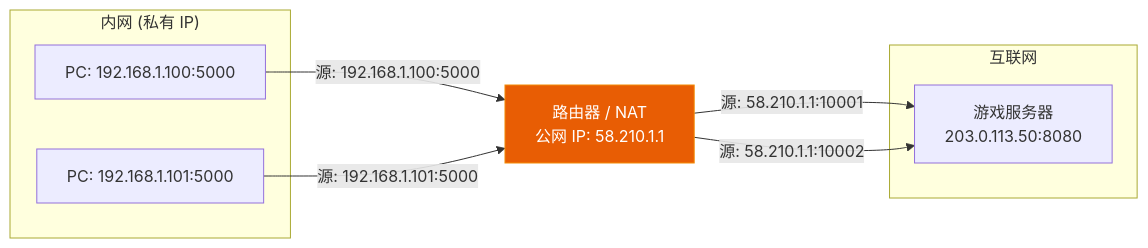
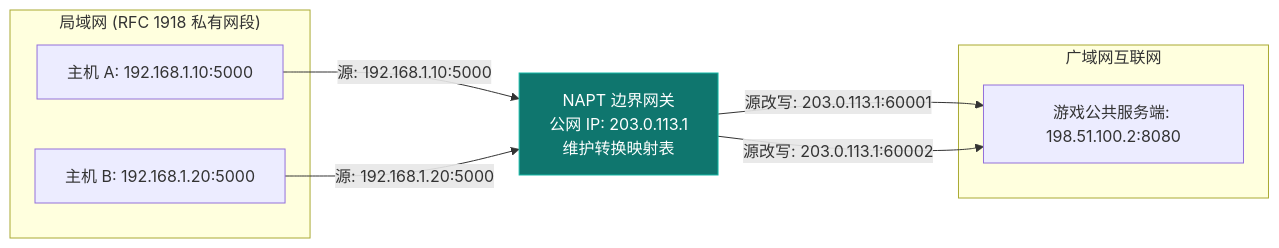
One commit to Lumivers/firefly changed the second of 4 diagrams in src/content/posts/network/06_infrastructure.md. Above: the diagram before and after it, drawn with Mermaid. The commit also changed other lines of this file and 18 other files, not shown here.

````diff
--- a/src/content/posts/network/06_infrastructure.md
+++ b/src/content/posts/network/06_infrastructure.md
@@ -62,20 +77,20 @@
 ```mermaid
 graph LR
-    subgraph "内网 (私有 IP)"
-        pc1["PC: 192.168.1.100:5000"]
-        pc2["PC: 192.168.1.101:5000"]
+    subgraph "局域网 (RFC 1918 私有网段)"
+        HostA["主机 A: 192.168.1.10:5000"]
+        HostB["主机 B: 192.168.1.20:5000"]
     end
 
-    router["路由器 / NAT\n公网 IP: 58.210.1.1"]
+    Router["NAPT 边界网关\n公网 IP: 203.0.113.1\n维护转换映射表"]
 
-    subgraph "互联网"
-        server["游戏服务器\n203.0.113.50:8080"]
+    subgraph "广域网互联网"
+        Server["游戏公共服务端: 198.51.100.2:8080"]
     end
 
-    pc1 -->|"源: 192.168.1.100:5000"| router
-    pc2 -->|"源: 192.168.1.101:5000"| router
-    router -->|"源: 58.210.1.1:10001"| server
-    router -->|"源: 58.210.1.1:10002"| server
+    HostA -->|"源: 192.168.1.10:5000"| Router
+    HostB -->|"源: 192.168.1.20:5000"| Router
+    Router -->|"源改写: 203.0.113.1:60001"| Server
+    Router -->|"源改写: 203.0.113.1:60002"| Server
 
-    style router fill:#e85d04,stroke:#f48c06,color:white
+    style Router fill:#0f766e,stroke:#14b8a6,color:white
 ```
````
